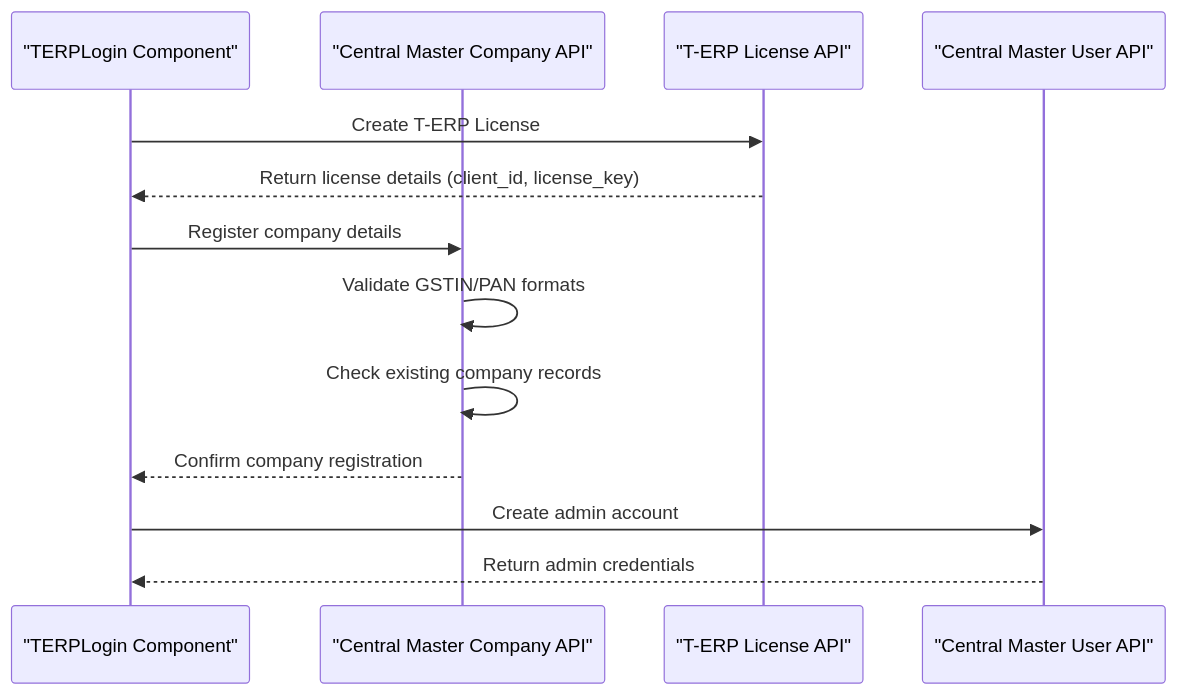
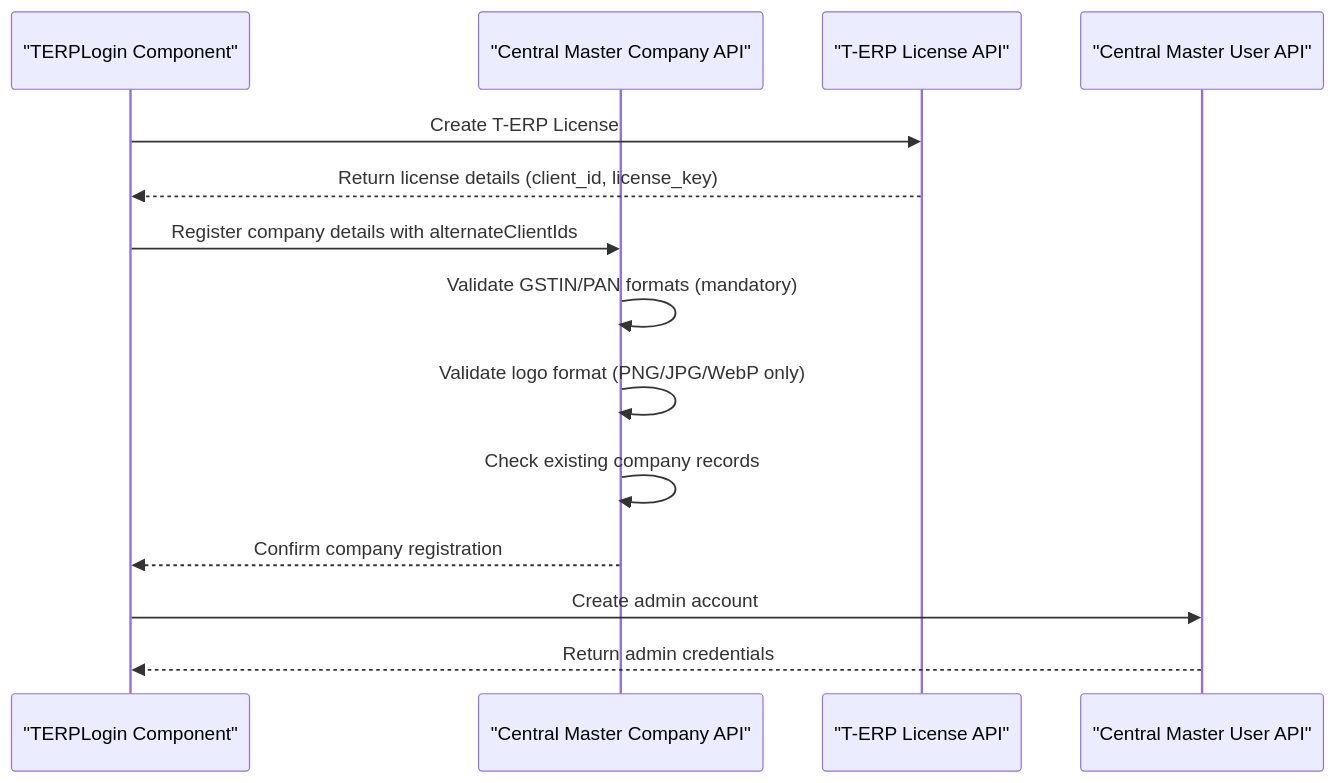
One commit to imcbsglobal/TRELLISCO_ERP_FRONTEND changed the fifth of 6 diagrams in .qoder/repowiki/en/content/Application Architecture/Authentication & Authorization.md. Above: the diagram before and after it, drawn with Mermaid. The commit also changed other lines of this file and 24 other files, not shown here.

````diff
--- a/.qoder/repowiki/en/content/Application Architecture/Authentication & Authorization.md
+++ b/.qoder/repowiki/en/content/Application Architecture/Authentication & Authorization.md
@@ -530,15 +532,16 @@
 ```mermaid
 sequenceDiagram
 participant TERPLogin as "TERPLogin Component"
 participant CompanyMaster as "Central Master Company API"
 participant LicenseAPI as "T-ERP License API"
 participant UserMaster as "Central Master User API"
 TERPLogin->>LicenseAPI : Create T-ERP License
 LicenseAPI-->>TERPLogin : Return license details (client_id, license_key)
-TERPLogin->>CompanyMaster : Register company details
-CompanyMaster->>CompanyMaster : Validate GSTIN/PAN formats
+TERPLogin->>CompanyMaster : Register company details with alternateClientIds
+CompanyMaster->>CompanyMaster : Validate GSTIN/PAN formats (mandatory)
+CompanyMaster->>CompanyMaster : Validate logo format (PNG/JPG/WebP only)
 CompanyMaster->>CompanyMaster : Check existing company records
 CompanyMaster-->>TERPLogin : Confirm company registration
 TERPLogin->>UserMaster : Create admin account
 UserMaster-->>TERPLogin : Return admin credentials
 ```
````
